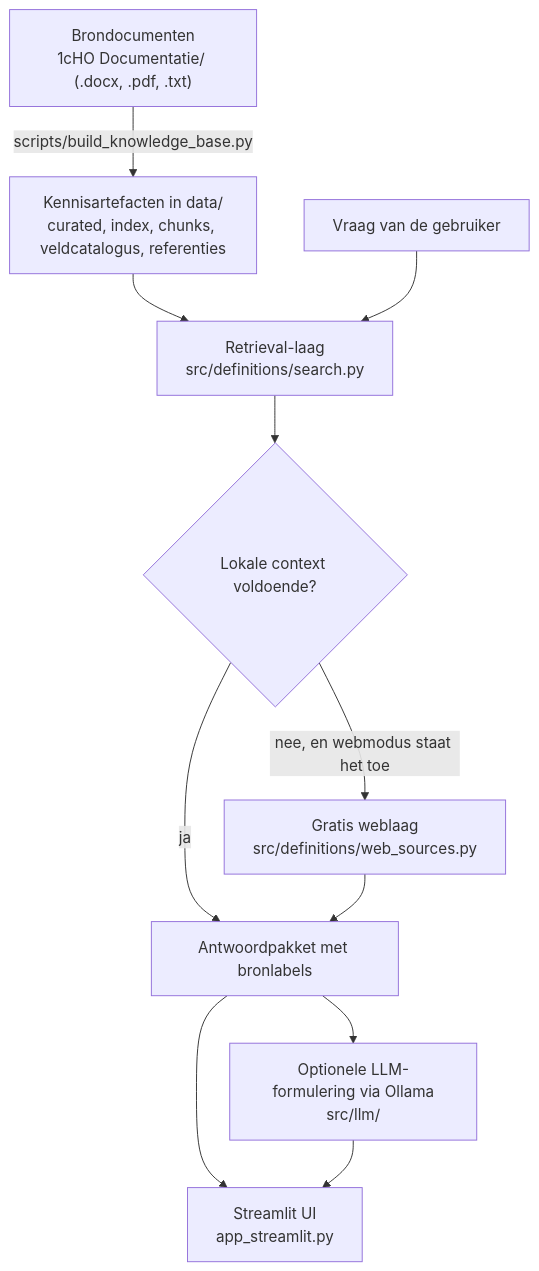
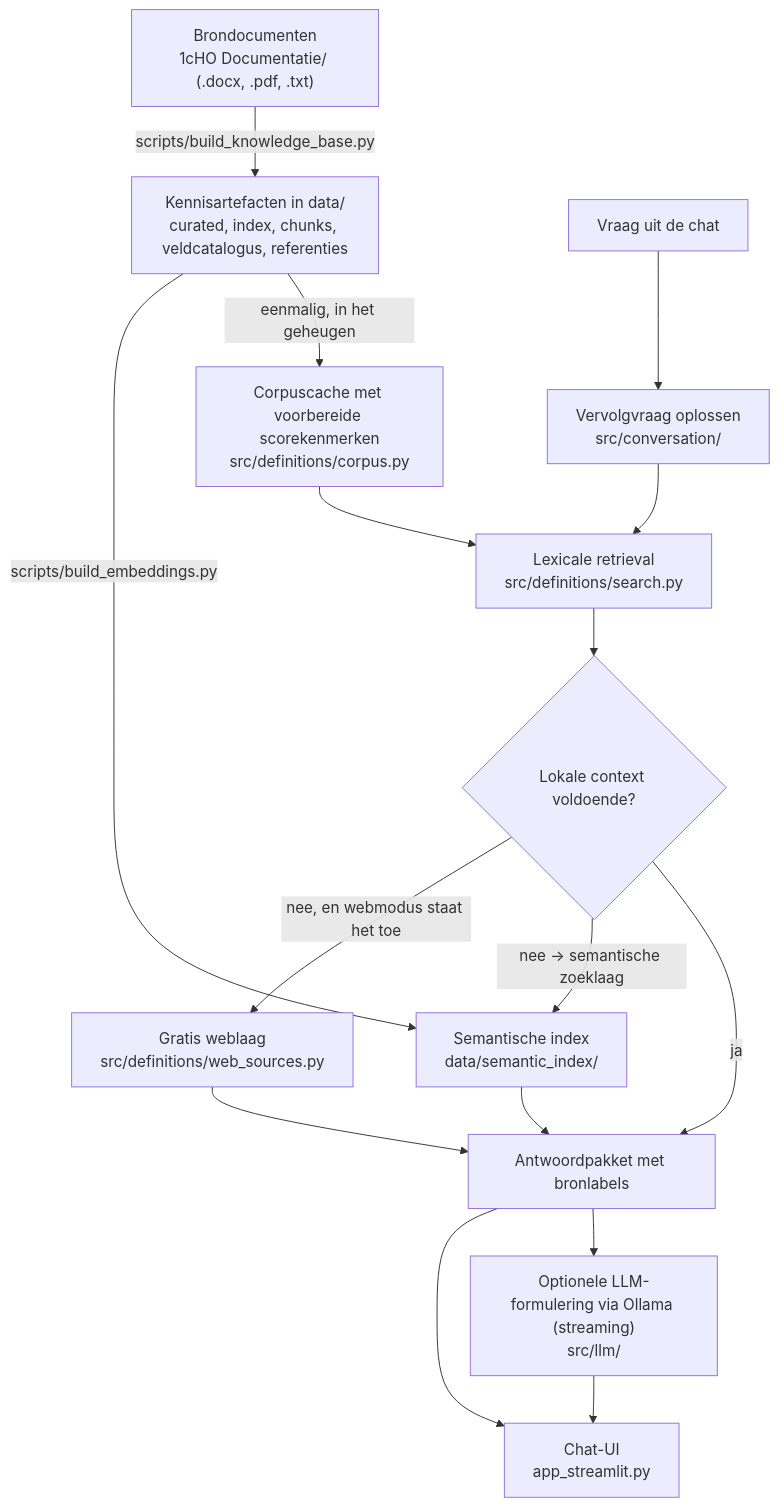
One commit to JornGitHub/VU-EA-Conversational-AI changed the diagram in README.md. Above: the diagram before and after it, drawn with Mermaid. The commit also changed other lines of this file, not shown here.

First line of the commit message:
Update the README for the new name, architecture and next steps

````diff
--- a/README.md
+++ b/README.md
@@ -124,13 +135,18 @@
 ```mermaid
 flowchart TD
     A["Brondocumenten<br/>1cHO Documentatie/ (.docx, .pdf, .txt)"] -->|scripts/build_knowledge_base.py| B["Kennisartefacten in data/<br/>curated, index, chunks, veldcatalogus, referenties"]
-    B --> C["Retrieval-laag<br/>src/definitions/search.py"]
-    Q["Vraag van de gebruiker"] --> C
+    B -->|"eenmalig, in het geheugen"| P["Corpuscache met voorbereide scorekenmerken<br/>src/definitions/corpus.py"]
+    B -->|scripts/build_embeddings.py| S["Semantische index<br/>data/semantic_index/"]
+    Q["Vraag uit de chat"] --> R["Vervolgvraag oplossen<br/>src/conversation/"]
+    R --> C["Lexicale retrieval<br/>src/definitions/search.py"]
+    P --> C
     C --> D{"Lokale context voldoende?"}
     D -->|ja| F["Antwoordpakket met bronlabels"]
-    D -->|nee, en webmodus staat het toe| E["Gratis weblaag<br/>src/definitions/web_sources.py"]
+    D -->|"nee → semantische zoeklaag"| S
+    S --> F
+    D -->|"nee, en webmodus staat het toe"| E["Gratis weblaag<br/>src/definitions/web_sources.py"]
     E --> F
-    F --> G["Optionele LLM-formulering via Ollama<br/>src/llm/"]
-    F --> H["Streamlit UI<br/>app_streamlit.py"]
+    F --> G["Optionele LLM-formulering via Ollama (streaming)<br/>src/llm/"]
+    F --> H["Chat-UI<br/>app_streamlit.py"]
     G --> H
 ```
````
